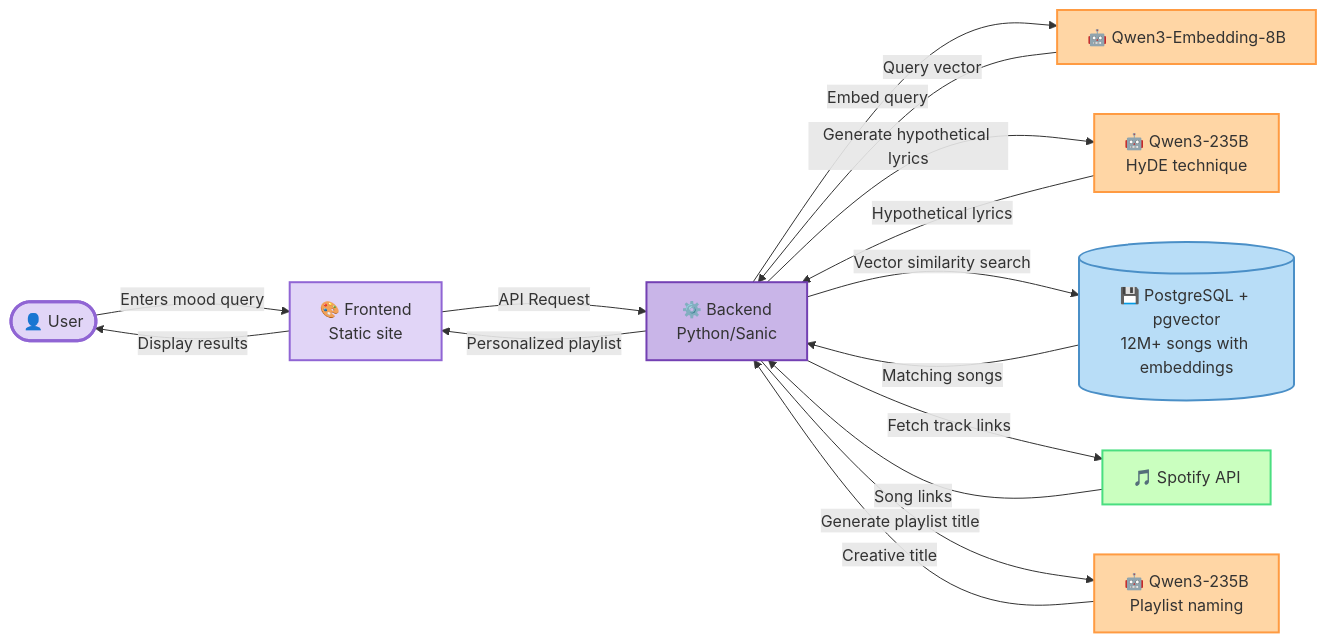
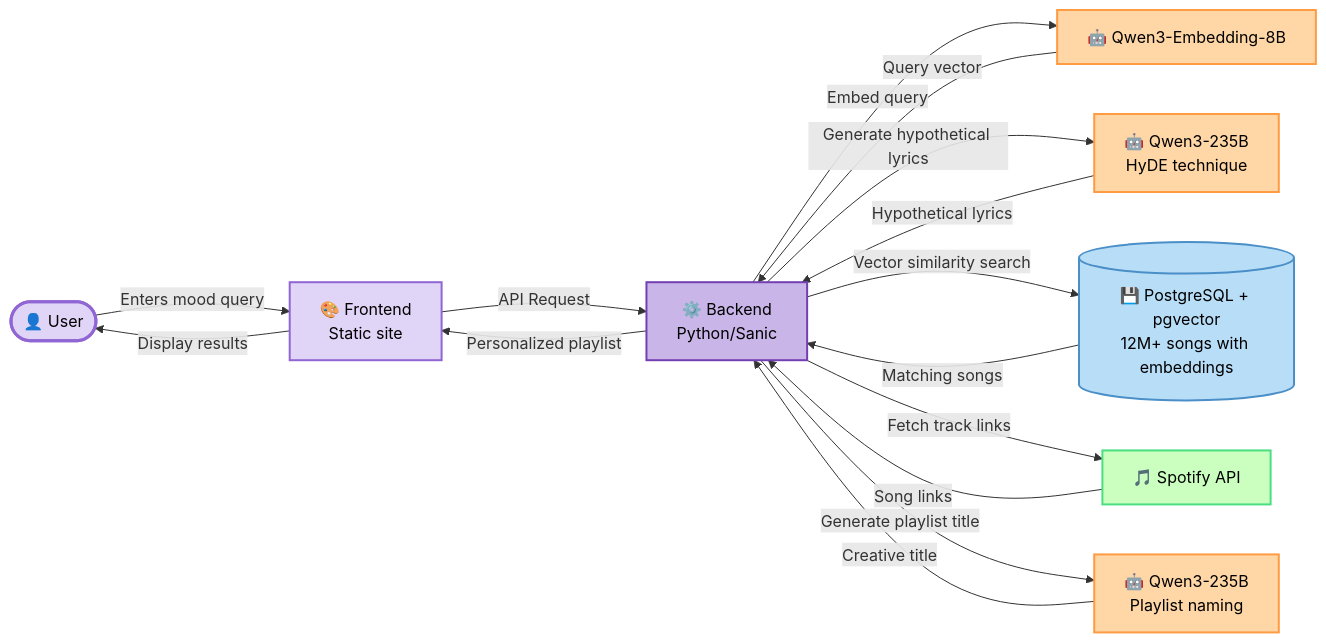
One commit to Ho1yShif/sonic-mood changed the diagram in README.md. Above: the diagram before and after it, drawn with Mermaid.

Commit message:
docs: update README styles for architecture diagram to include text color for better visibility

````diff
--- a/README.md
+++ b/README.md
@@ -93,34 +93,34 @@
 ```mermaid
 graph LR
     User([👤 User]) -->|Enters mood query| Frontend[🎨 Frontend<br/>Static site]
     
     Frontend -->|API Request| Backend[⚙️ Backend<br/>Python/Sanic]
     
     Backend -->|Embed query| Embedding[🤖 Qwen3-Embedding-8B]
     Backend -->|Generate hypothetical lyrics| HyDE[🤖 Qwen3-235B<br/>HyDE technique]
     
     Embedding -->|Query vector| Backend
     HyDE -->|Hypothetical lyrics| Backend
     
     Backend -->|Vector similarity search| DB[(💾 PostgreSQL + pgvector<br/>12M+ songs with embeddings)]
     
     DB -->|Matching songs| Backend
     
     Backend -->|Fetch track links| Spotify[🎵 Spotify API]
     Backend -->|Generate playlist title| TitleGen[🤖 Qwen3-235B<br/>Playlist naming]
     
     Spotify -->|Song links| Backend
     TitleGen -->|Creative title| Backend
     
     Backend -->|Personalized playlist| Frontend
     Frontend -->|Display results| User
     
-    style User fill:#e1d5f7,stroke:#9065d4,stroke-width:3px
-    style Frontend fill:#e1d5f7,stroke:#9065d4,stroke-width:2px
-    style Backend fill:#c9b5e8,stroke:#7340b3,stroke-width:2px
-    style DB fill:#b8ddf7,stroke:#4a8fc7,stroke-width:2px
-    style Embedding fill:#ffd6a5,stroke:#ff9b42,stroke-width:2px
-    style HyDE fill:#ffd6a5,stroke:#ff9b42,stroke-width:2px
-    style TitleGen fill:#ffd6a5,stroke:#ff9b42,stroke-width:2px
-    style Spotify fill:#caffbf,stroke:#4ade80,stroke-width:2px
+    style User fill:#e1d5f7,stroke:#9065d4,stroke-width:3px,color:#000
+    style Frontend fill:#e1d5f7,stroke:#9065d4,stroke-width:2px,color:#000
+    style Backend fill:#c9b5e8,stroke:#7340b3,stroke-width:2px,color:#000
+    style DB fill:#b8ddf7,stroke:#4a8fc7,stroke-width:2px,color:#000
+    style Embedding fill:#ffd6a5,stroke:#ff9b42,stroke-width:2px,color:#000
+    style HyDE fill:#ffd6a5,stroke:#ff9b42,stroke-width:2px,color:#000
+    style TitleGen fill:#ffd6a5,stroke:#ff9b42,stroke-width:2px,color:#000
+    style Spotify fill:#caffbf,stroke:#4ade80,stroke-width:2px,color:#000
 ```
````
